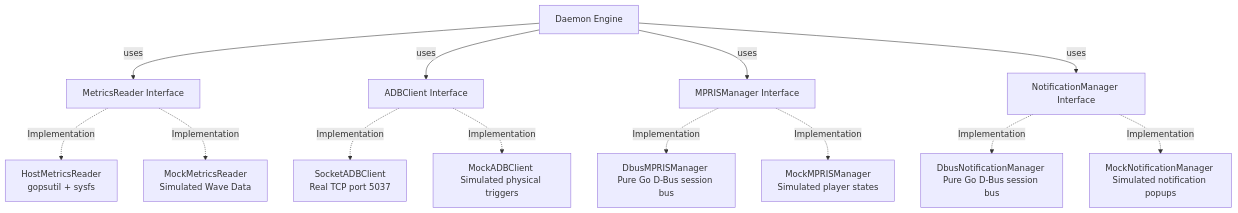
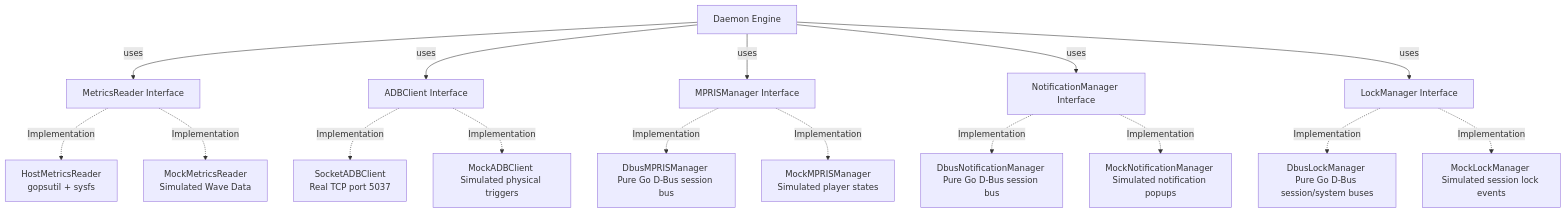
The diagram in docs/design_document.md (noosxe/pc-dashboard-server), drawn with Mermaid before and after one commit. The commit also changed other lines of this file and 3 other files, not shown here.

First line of the commit message:
feature: design session lock/unlock events detection (#24)

````diff
--- a/docs/design_document.md
+++ b/docs/design_document.md
@@ -75,19 +75,23 @@
 ```mermaid
 graph TD
     DaemonCore[Daemon Engine] -->|uses| MetricsReader[MetricsReader Interface]
     DaemonCore -->|uses| ADBClient[ADBClient Interface]
     DaemonCore -->|uses| MPRISManager[MPRISManager Interface]
     DaemonCore -->|uses| NotificationManager[NotificationManager Interface]
+    DaemonCore -->|uses| LockManager[LockManager Interface]
     
     MetricsReader -.->|Implementation| RealMetrics[HostMetricsReader <br>gopsutil + sysfs]
     MetricsReader -.->|Implementation| MockMetrics[MockMetricsReader <br>Simulated Wave Data]
     
     ADBClient -.->|Implementation| SocketADB[SocketADBClient <br>Real TCP port 5037]
     ADBClient -.->|Implementation| MockADB[MockADBClient <br>Simulated physical triggers]
 
     MPRISManager -.->|Implementation| DbusMPRIS[DbusMPRISManager <br>Pure Go D-Bus session bus]
     MPRISManager -.->|Implementation| MockMPRIS[MockMPRISManager <br>Simulated player states]
 
     NotificationManager -.->|Implementation| DbusNotifications[DbusNotificationManager <br>Pure Go D-Bus session bus]
     NotificationManager -.->|Implementation| MockNotifications[MockNotificationManager <br>Simulated notification popups]
+
+    LockManager -.->|Implementation| DbusLock[DbusLockManager <br>Pure Go D-Bus session/system buses]
+    LockManager -.->|Implementation| MockLock[MockLockManager <br>Simulated session lock events]
 ```
````
